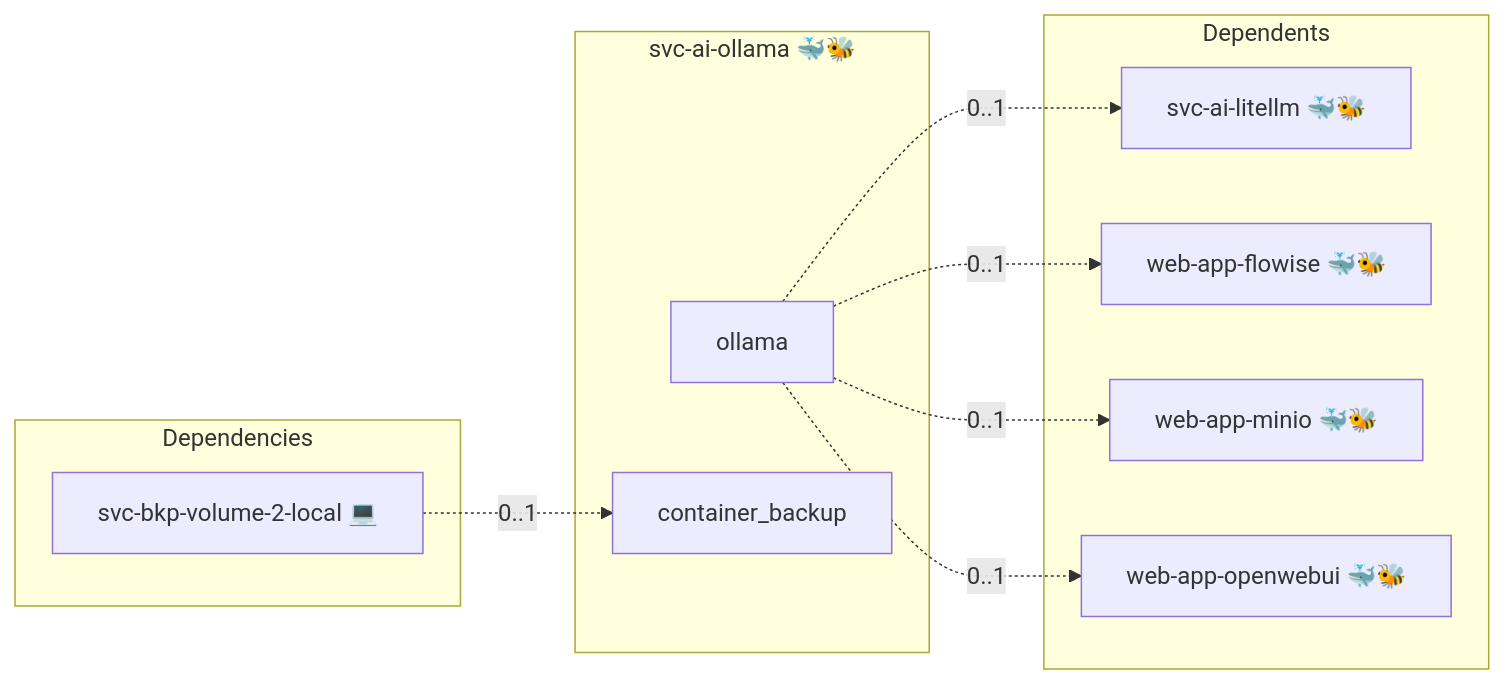
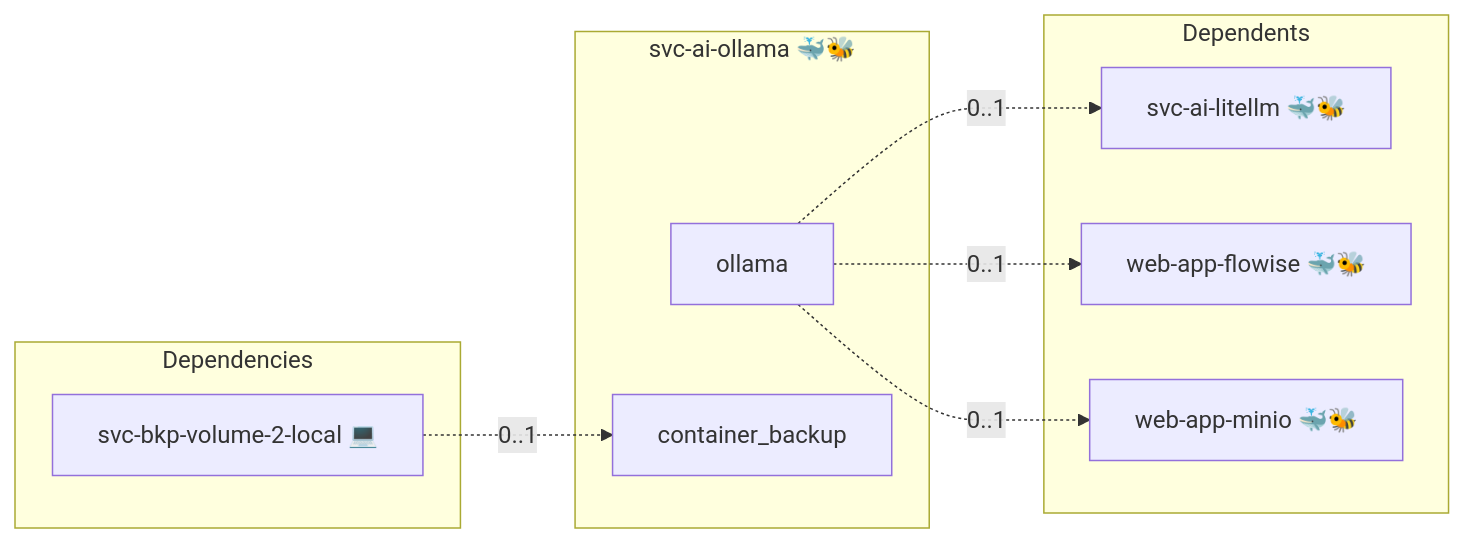
The diagram in roles/svc-ai-ollama/README.md (infinito-nexus/core), drawn with Mermaid before and after one commit. The commit also changed 16 other files, not shown here.

````diff
--- a/roles/svc-ai-ollama/README.md
+++ b/roles/svc-ai-ollama/README.md
@@ -15,21 +15,19 @@
 ```mermaid
 flowchart LR
     subgraph deps [Dependencies]
         dep_svc_bkp_volume_2_local["svc-bkp-volume-2-local 💻"]
     end
     subgraph role [svc-ai-ollama 🐳🐝]
         svc_ollama["ollama"]
         svc_container_backup["container_backup"]
     end
     subgraph dependents [Dependents]
         dpt_svc_ai_litellm["svc-ai-litellm 🐳🐝"]
         dpt_web_app_flowise["web-app-flowise 🐳🐝"]
         dpt_web_app_minio["web-app-minio 🐳🐝"]
-        dpt_web_app_openwebui["web-app-openwebui 🐳🐝"]
     end
     dep_svc_bkp_volume_2_local -. "0..1" .-> svc_container_backup
     svc_ollama -. "0..1" .-> dpt_svc_ai_litellm
     svc_ollama -. "0..1" .-> dpt_web_app_flowise
     svc_ollama -. "0..1" .-> dpt_web_app_minio
-    svc_ollama -. "0..1" .-> dpt_web_app_openwebui
 ```
````
